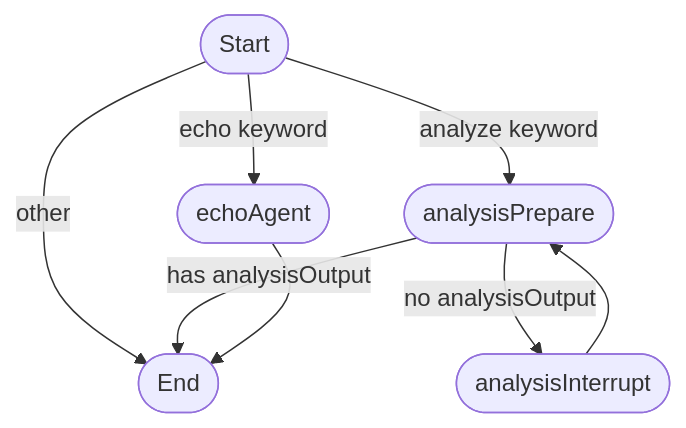
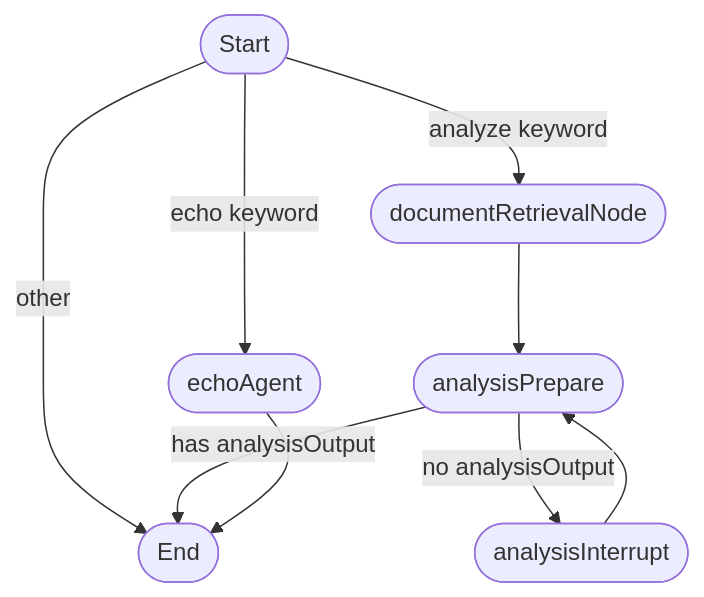
Before and after one commit to slior/archie: the diagram in docs/agent_graph.md, drawn with Mermaid. The commit also changed other lines of this file and 8 other files, not shown here.

Commit message:
wip implement separate document retrieval agent

````diff
--- a/docs/agent_graph.md
+++ b/docs/agent_graph.md
@@ -10,15 +10,17 @@
 ```mermaid
 graph TD;
     START([Start]);
+    documentRetrievalNode([documentRetrievalNode]);
     analysisPrepare([analysisPrepare]);
     analysisInterrupt([analysisInterrupt]);
     echoAgent([echoAgent]);
     END([End]);
-    START -- "analyze" keyword --> analysisPrepare;
+    START -- "analyze" keyword --> documentRetrievalNode;
     START -- "echo" keyword --> echoAgent;
     START -- other --> END;
+    documentRetrievalNode --> analysisPrepare;
     analysisPrepare -- has analysisOutput --> END;
     analysisPrepare -- no analysisOutput --> analysisInterrupt;
     analysisInterrupt --> analysisPrepare;
     echoAgent --> END;
 ```
````
